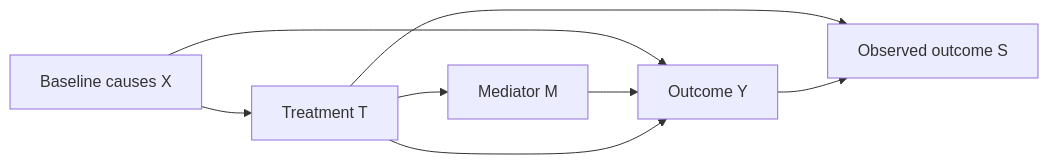
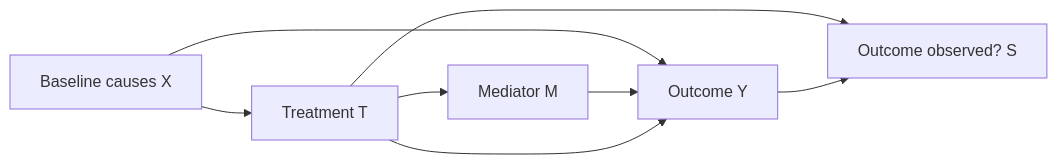
One commit to lowmason/agent-skills changed the diagram in skills/recommend-causal-design/references/identification.md. Above: the diagram before and after it, drawn with Mermaid. The commit also changed 4 other files, not shown here.

````diff
--- a/skills/recommend-causal-design/references/identification.md
+++ b/skills/recommend-causal-design/references/identification.md
@@ -39,10 +39,10 @@
 ```mermaid
 flowchart LR
     X[Baseline causes X] --> T[Treatment T]
     X --> Y[Outcome Y]
     T --> M[Mediator M]
     M --> Y
     T --> Y
-    T --> S[Observed outcome S]
+    T --> S[Outcome observed? S]
     Y --> S
 ```
````
